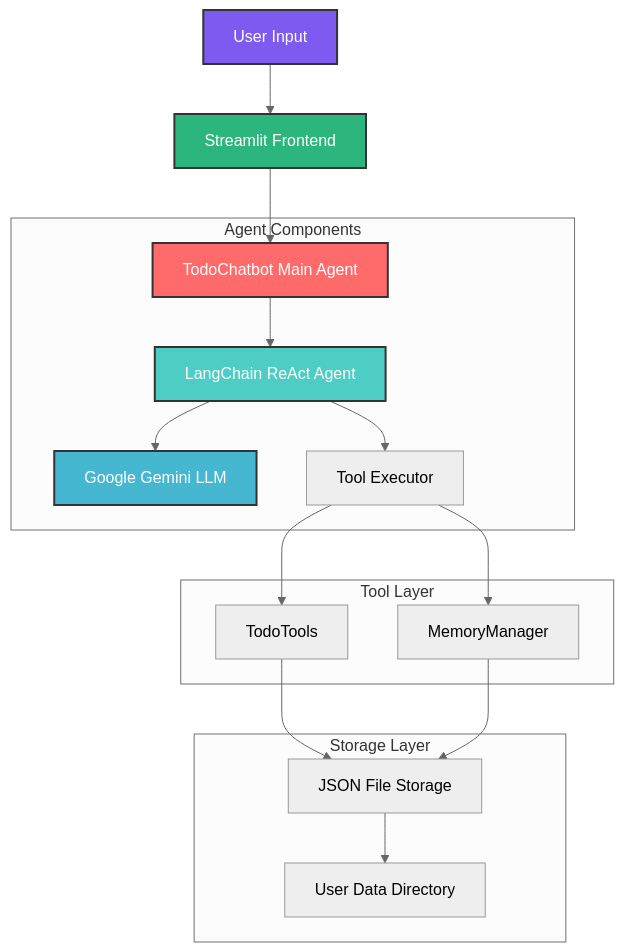
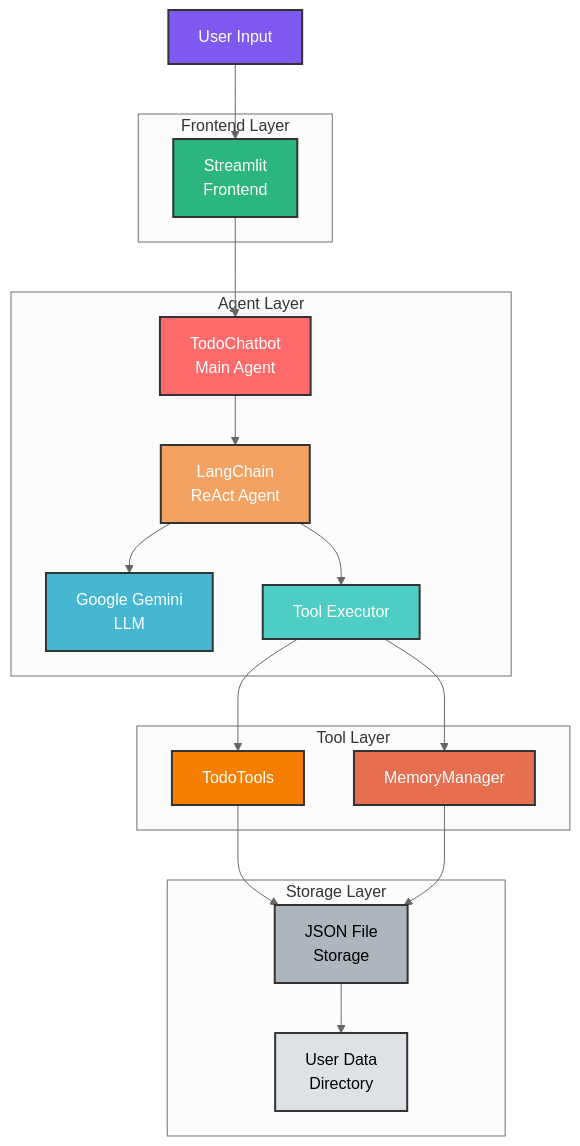
Before and after one commit to Shriyatha/chatbot: the diagram in README.md, drawn with Mermaid (neutral theme). The commit also changed other lines of this file and 1 other file, not shown here.

Commit message:
Readme updated

````diff
--- a/README.md
+++ b/README.md
@@ -17,36 +17,57 @@
 ```mermaid
-graph TB
-    A[User Input] --> B[Streamlit Frontend]
-    B --> C[TodoChatbot Main Agent]
-    C --> D[LangChain ReAct Agent]
-    D --> E[Google Gemini LLM]
+graph TD
+    %% User & Frontend
+    A[User Input] --> B[Streamlit<br>Frontend]
+
+    %% Frontend to Agent
+    B --> C[TodoChatbot<br>Main Agent]
+
+    %% Agent & LLM
+    C --> D[LangChain<br>ReAct Agent]
+    D --> E[Google Gemini<br>LLM]
     D --> F[Tool Executor]
+
+    %% Tool Executor to Tools
     F --> G[TodoTools]
     F --> H[MemoryManager]
-    G --> I[JSON File Storage]
+
+    %% Tools and Memory to Storage
+    G --> I[JSON File<br>Storage]
     H --> I
-    I --> J[User Data Directory]
-    
-    subgraph "Agent Components"
+    I --> J[User Data<br>Directory]
+
+    %% Subgraphs
+    subgraph Frontend Layer
+        B
+    end
+
+    subgraph Agent Layer
         C
         D
         E
         F
     end
-    
-    subgraph "Tool Layer"
+
+    subgraph Tool Layer
         G
         H
     end
-    
-    subgraph "Storage Layer"
+
+    subgraph Storage Layer
         I
         J
     end
-    
+
+    %% Styling
     style A fill:#7f5af0,stroke:#333,stroke-width:2px,color:#fff
     style B fill:#2cb67d,stroke:#333,stroke-width:2px,color:#fff
     style C fill:#ff6b6b,stroke:#333,stroke-width:2px,color:#fff
-    style D fill:#4ecdc4,stroke:#333,stroke-width:2px,color:#fff
+    style D fill:#f4a261,stroke:#333,stroke-width:2px,color:#fff
     style E fill:#45b7d1,stroke:#333,stroke-width:2px,color:#fff
+    style F fill:#4ecdc4,stroke:#333,stroke-width:2px,color:#fff
+    style G fill:#f77f00,stroke:#333,stroke-width:2px,color:#fff
+    style H fill:#e76f51,stroke:#333,stroke-width:2px,color:#fff
+    style I fill:#adb5bd,stroke:#333,stroke-width:2px,color:#000
+    style J fill:#dee2e6,stroke:#333,stroke-width:2px,color:#000
+
 ```
````
